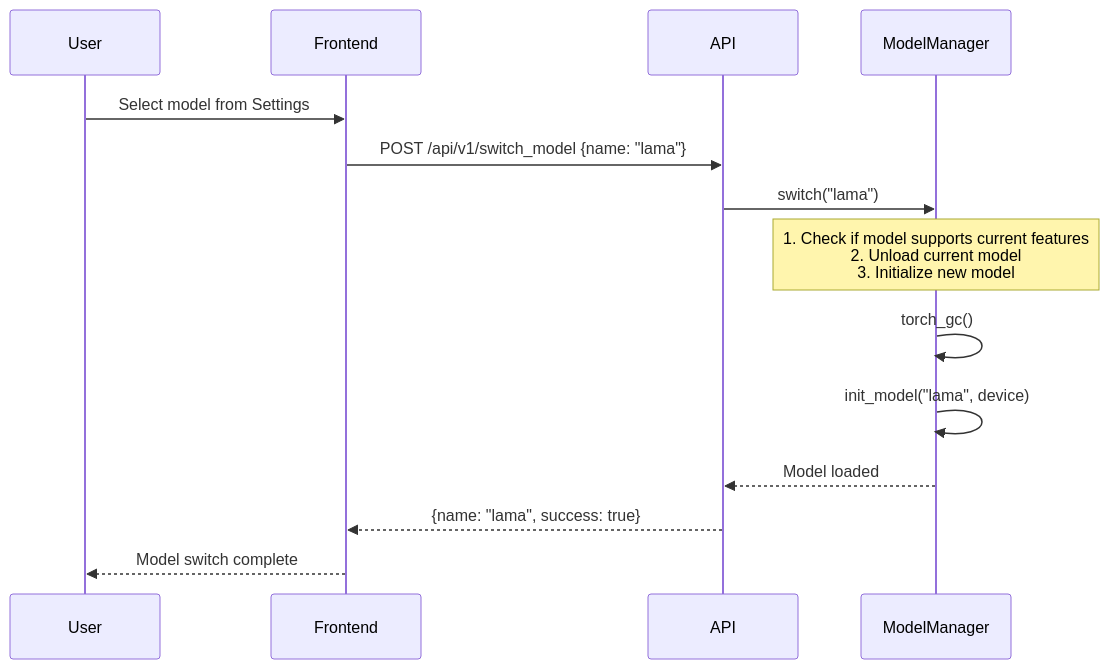
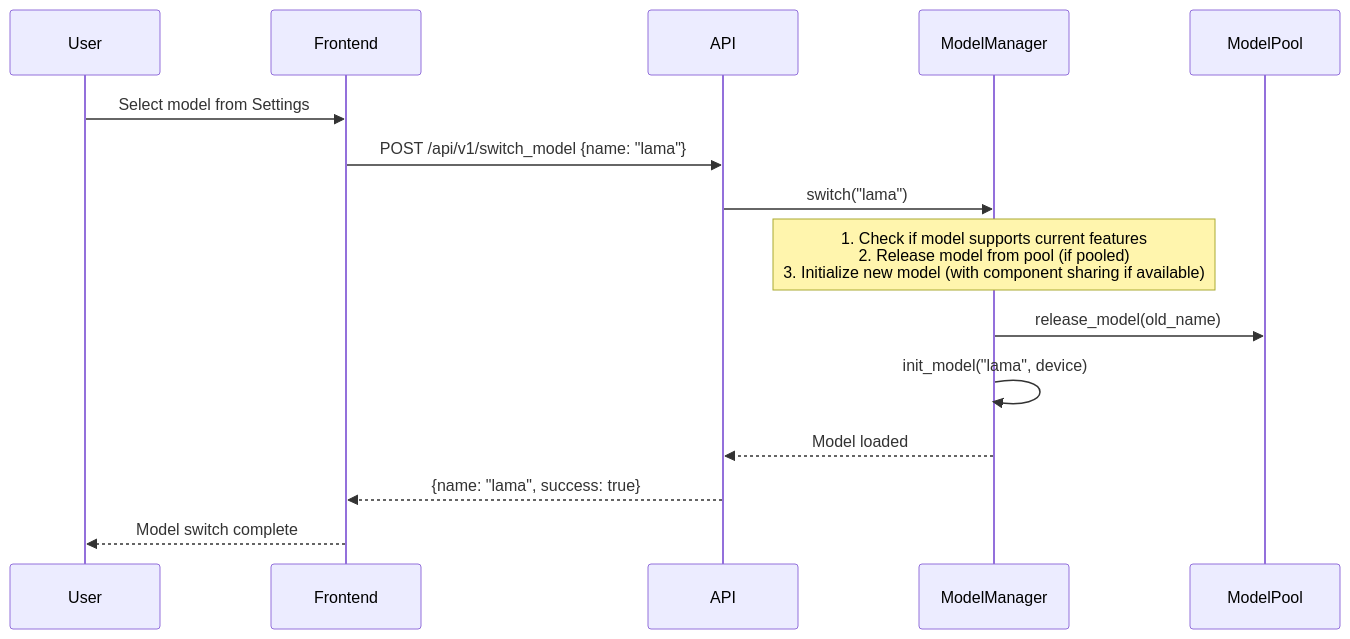
The third of 4 diagrams in docs/architecture/model-architecture.md (tchr-dev/IOPaint-mod), drawn with Mermaid before and after one commit. The commit also changed other lines of this file and 15 other files, not shown here.

First line of the commit message:
feat: complete P3 model architecture tasks

````diff
--- a/docs/architecture/model-architecture.md
+++ b/docs/architecture/model-architecture.md
@@ -553,20 +562,20 @@
 ```mermaid
 sequenceDiagram
     participant User
     participant Frontend
     participant API
     participant ModelManager
     
     User->>Frontend: Select model from Settings
     Frontend->>API: POST /api/v1/switch_model {name: "lama"}
     API->>ModelManager: switch("lama")
     
-    Note over ModelManager: 1. Check if model supports current features<br/>2. Unload current model<br/>3. Initialize new model
-    
-    ModelManager->>ModelManager: torch_gc()  # Free GPU memory
+    Note over ModelManager: 1. Check if model supports current features<br/>2. Release model from pool (if pooled)<br/>3. Initialize new model (with component sharing if available)
+
+    ModelManager->>ModelPool: release_model(old_name)  # Free shared components
     ModelManager->>ModelManager: init_model("lama", device)
     
     ModelManager-->>API: Model loaded
     API-->>Frontend: {name: "lama", success: true}
     Frontend-->>User: Model switch complete
 ```
````
